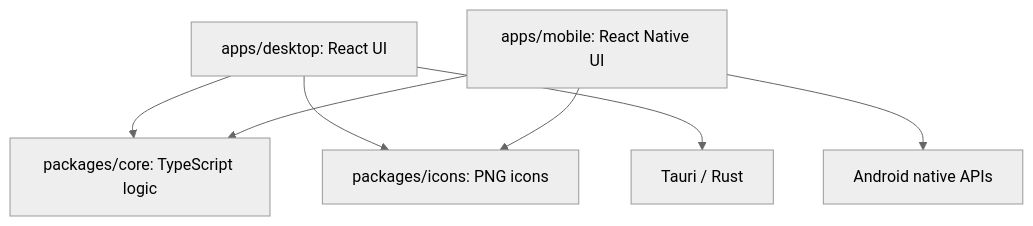
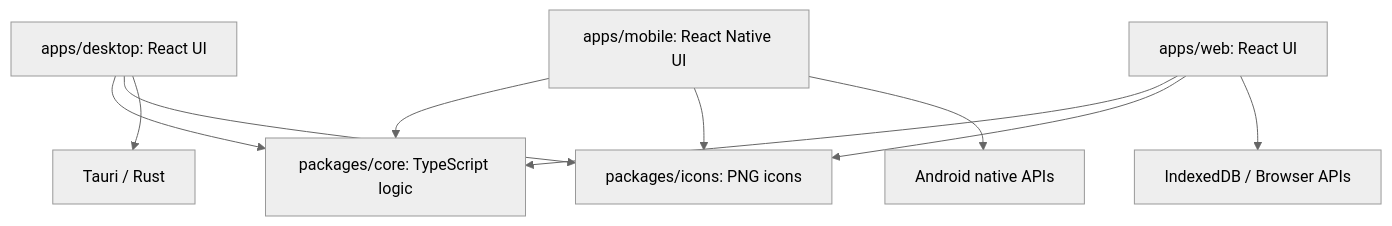
Before and after one commit to OsawaKousei/prelis: the diagram in docs/architecture.md, drawn with Mermaid (neutral theme). The commit also changed other lines of this file and 68 other files, not shown here.

````diff
--- a/docs/architecture.md
+++ b/docs/architecture.md
@@ -43,9 +44,12 @@
 ```mermaid
 flowchart TD
   Desktop[apps/desktop: React UI] --> Core[packages/core: TypeScript logic]
   Mobile[apps/mobile: React Native UI] --> Core
+  Web[apps/web: React UI] --> Core
   Desktop --> Icons[packages/icons: PNG icons]
   Mobile --> Icons
+  Web --> Icons
   Desktop --> Tauri[Tauri / Rust]
   Mobile --> Native[Android native APIs]
+  Web --> Browser[IndexedDB / Browser APIs]
 ```
````
